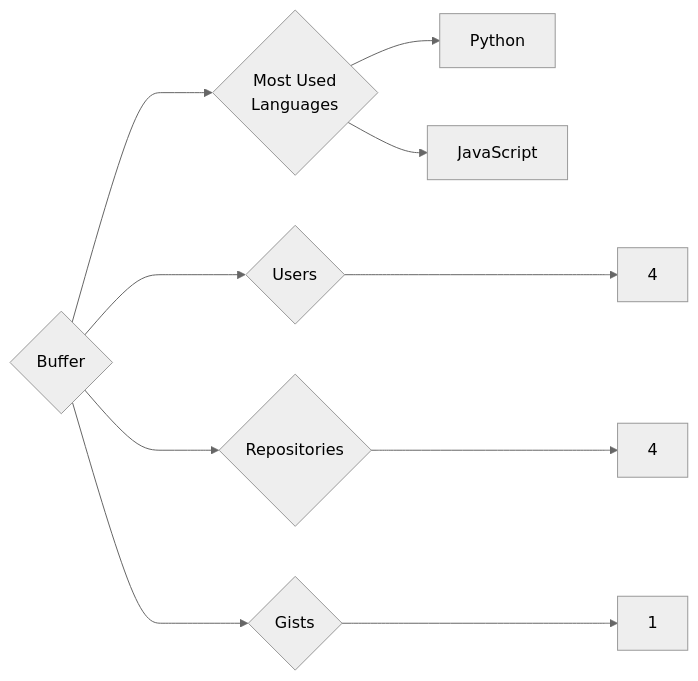
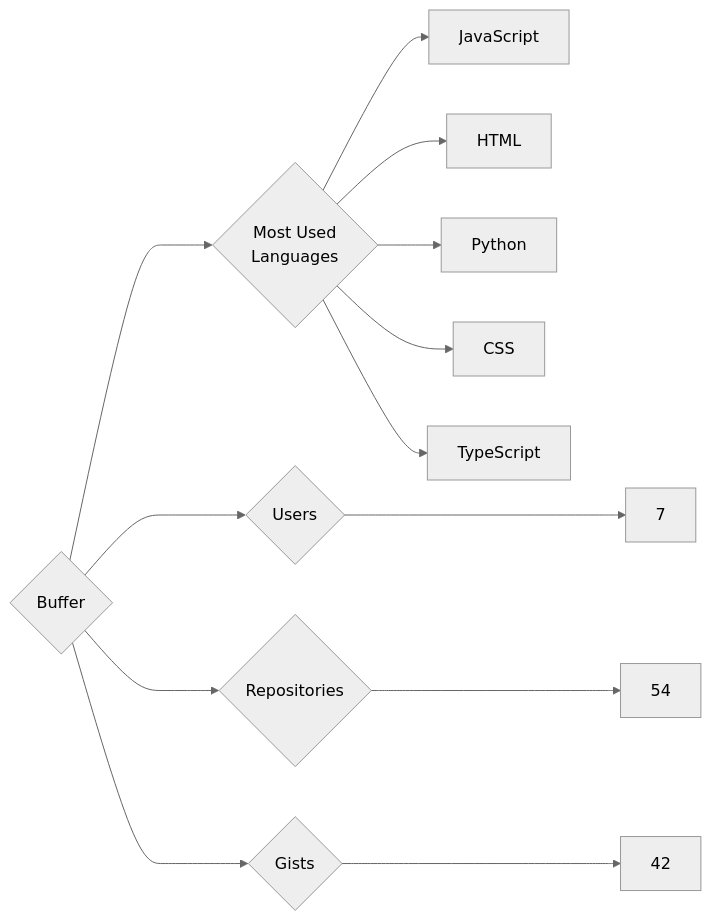
Before and after one commit to trickest/insiders: the diagram in targets/Buffer/README.md, drawn with Mermaid (neutral theme). The commit also changed 657 other files, not shown here.

````diff
--- a/targets/Buffer/README.md
+++ b/targets/Buffer/README.md
@@ -3,10 +3,13 @@
 ```mermaid
 graph LR
 COMPANY_NAME{Buffer}
-COMPANY_NAME ---> U{Users} ---> UN[4]
-COMPANY_NAME ---> R{Repositories} ---> RN[4]
-COMPANY_NAME ---> G{Gists} ---> GN[1]
+COMPANY_NAME ---> U{Users} ---> UN[7]
+COMPANY_NAME ---> R{Repositories} ---> RN[54]
+COMPANY_NAME ---> G{Gists} ---> GN[42]
 COMPANY_NAME ---> ML{Most Used<br>Languages}
+ML --> JavaScript[JavaScript]
+ML --> HTML[HTML]
 ML --> Python[Python]
-ML --> JavaScript[JavaScript]
+ML --> CSS[CSS]
+ML --> TypeScript[TypeScript]
 ```
````
